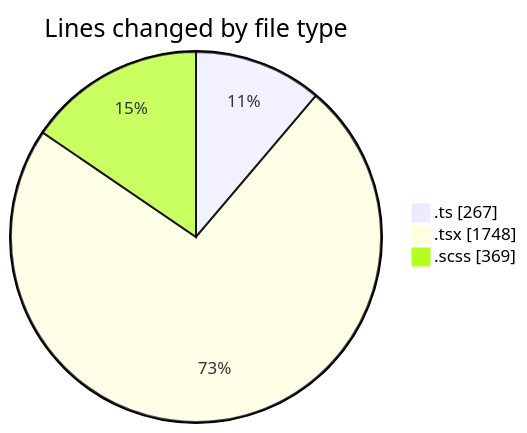
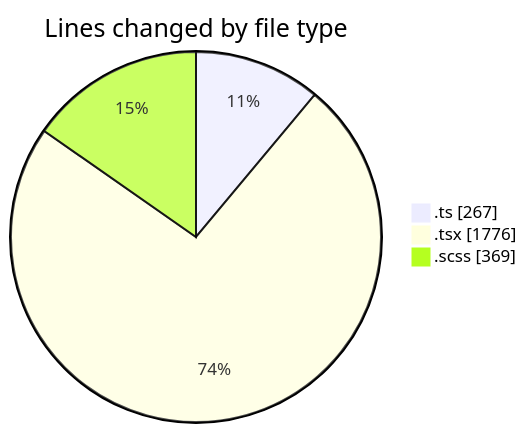
Before and after one commit to momahboobian/code-tracking: the first of 2 diagrams in 2025-05-01/cda/README.md, drawn with Mermaid. The commit also changed other lines of this file and 1 other file, not shown here.

````diff
--- a/2025-05-01/cda/README.md
+++ b/2025-05-01/cda/README.md
@@ -33,7 +33,7 @@
 ```mermaid
 pie showData
 title Lines changed by file type
 ".ts" : 267
-".tsx" : 1748
+".tsx" : 1776
 ".scss" : 369
 ```
````
